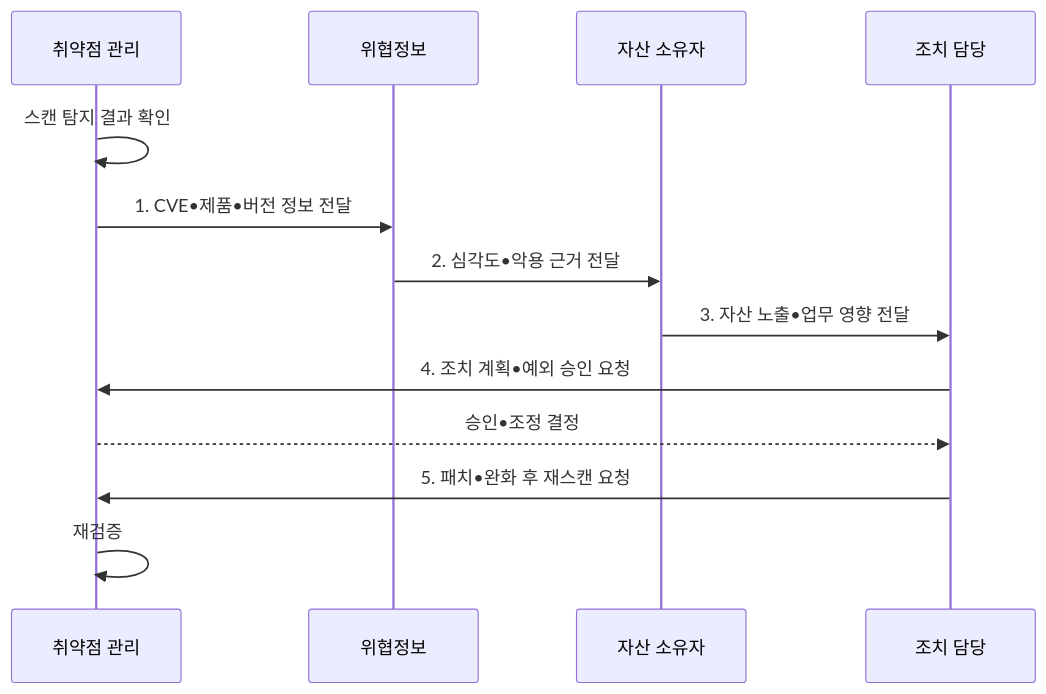
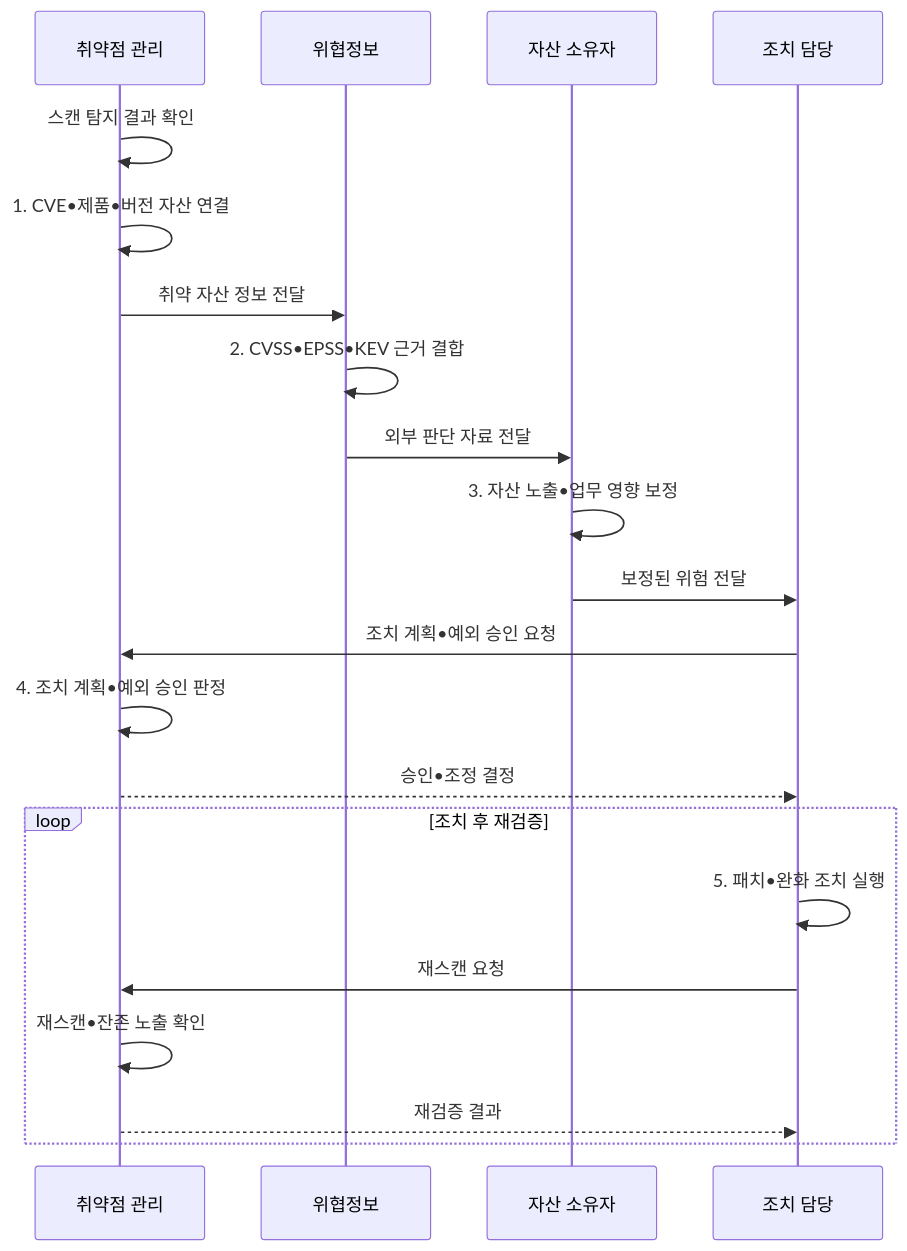
The second of 2 diagrams in src/content/docs/notes/05-security/120_vulnerability_prioritization_epss_cvss.md (agnusdei1207/knowledge-base), drawn with Mermaid before and after one commit. The commit also changed other lines of this file and 20 other files, not shown here.

````diff
--- a/src/content/docs/notes/05-security/120_vulnerability_prioritization_epss_cvss.md
+++ b/src/content/docs/notes/05-security/120_vulnerability_prioritization_epss_cvss.md
@@ -102,15 +102,23 @@
 ```mermaid
 sequenceDiagram
   participant V as 취약점 관리
   participant T as 위협정보
   participant A as 자산 소유자
   participant O as 조치 담당
   V->>V: 스캔 탐지 결과 확인
-  V->>T: 1. CVE•제품•버전 정보 전달
-  T->>A: 2. 심각도•악용 근거 전달
-  A->>O: 3. 자산 노출•업무 영향 전달
-  O->>V: 4. 조치 계획•예외 승인 요청
+  V->>V: 1. CVE•제품•버전 자산 연결
+  V->>T: 취약 자산 정보 전달
+  T->>T: 2. CVSS•EPSS•KEV 근거 결합
+  T->>A: 외부 판단 자료 전달
+  A->>A: 3. 자산 노출•업무 영향 보정
+  A->>O: 보정된 위험 전달
+  O->>V: 조치 계획•예외 승인 요청
+  V->>V: 4. 조치 계획•예외 승인 판정
   V-->>O: 승인•조정 결정
-  O->>V: 5. 패치•완화 후 재스캔 요청
-  V->>V: 재검증
+  loop 조치 후 재검증
+    O->>O: 5. 패치•완화 조치 실행
+    O->>V: 재스캔 요청
+    V->>V: 재스캔•잔존 노출 확인
+    V-->>O: 재검증 결과
+  end
 ```
````
